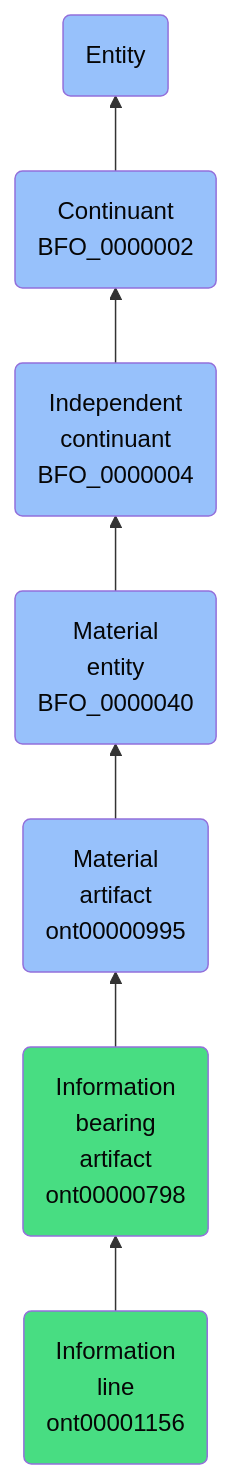
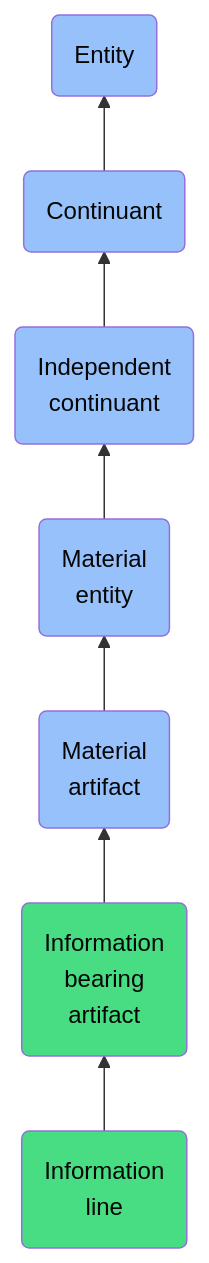
One commit to jupyter-naas/abi changed the diagram in docs/ontology/reference/model/Entity/Continuant/Independent continuant/Material entity/Material artifact/Information bearing artifact/Information line/Information line.md. Above: the diagram before and after it, drawn with Mermaid. The commit also changed other lines of this file and 1430 other files, not shown here.

````diff
--- a/docs/ontology/reference/model/Entity/Continuant/Independent continuant/Material entity/Material artifact/Information bearing artifact/Information line/Information line.md
+++ b/docs/ontology/reference/model/Entity/Continuant/Independent continuant/Material entity/Material artifact/Information bearing artifact/Information line/Information line.md
@@ -26,14 +26,14 @@
 ```mermaid
 graph BT
-    ont00001156(Information<br>line<br>ont00001156):::ABI-->ont00000798
-    ont00000798(Information<br>bearing<br>artifact<br>ont00000798):::ABI-->ont00000995
-    ont00000995(Material<br>artifact<br>ont00000995):::BFO-->BFO_0000040
-    BFO_0000040(Material<br>entity<br>BFO_0000040):::BFO-->BFO_0000004
-    BFO_0000004(Independent<br>continuant<br>BFO_0000004):::BFO-->BFO_0000002
-    BFO_0000002(Continuant<br>BFO_0000002):::BFO-->BFO_0000001
+    ont00001156(Information<br>line):::ABI-->ont00000798
+    ont00000798(Information<br>bearing<br>artifact):::ABI-->ont00000995
+    ont00000995(Material<br>artifact):::BFO-->BFO_0000040
+    BFO_0000040(Material<br>entity):::BFO-->BFO_0000004
+    BFO_0000004(Independent<br>continuant):::BFO-->BFO_0000002
+    BFO_0000002(Continuant):::BFO-->BFO_0000001
     BFO_0000001(Entity):::BFO
     
     classDef BFO fill:#97c1fb,color:#060606
     classDef CCO fill:#e4c51e,color:#060606
     classDef ABI fill:#48DD82,color:#060606
 ```
````
